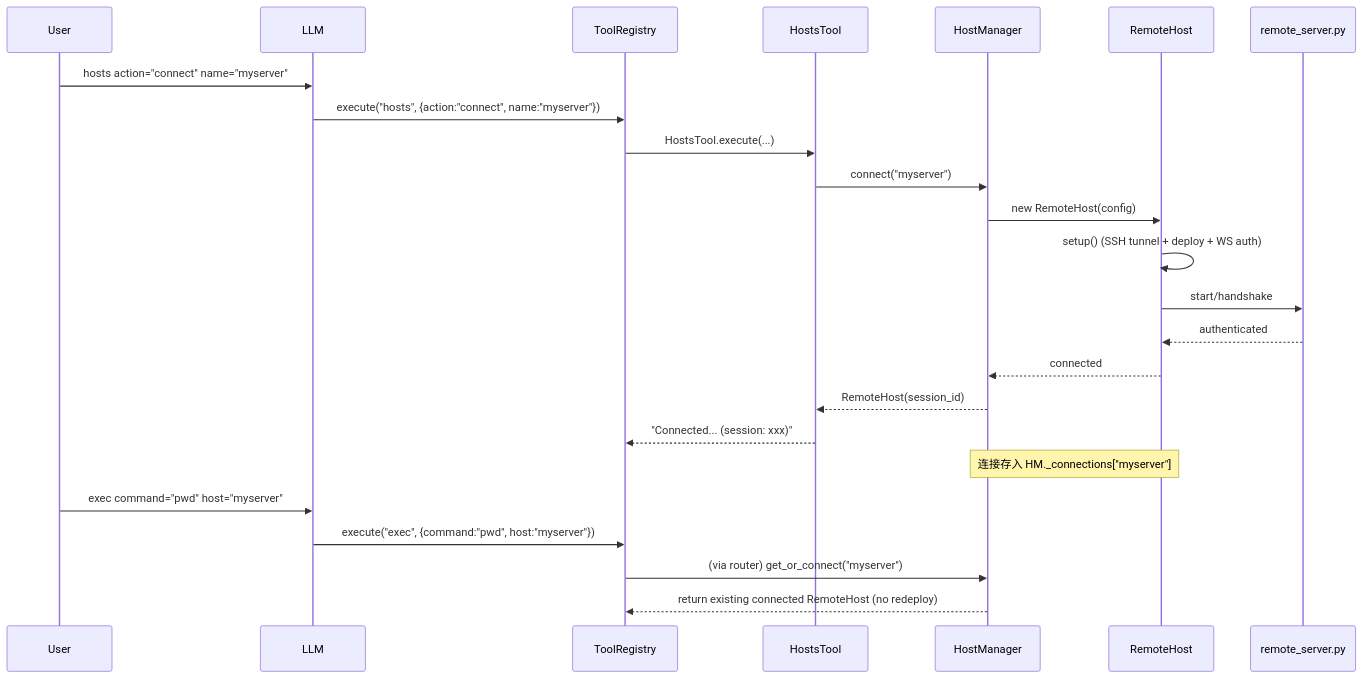
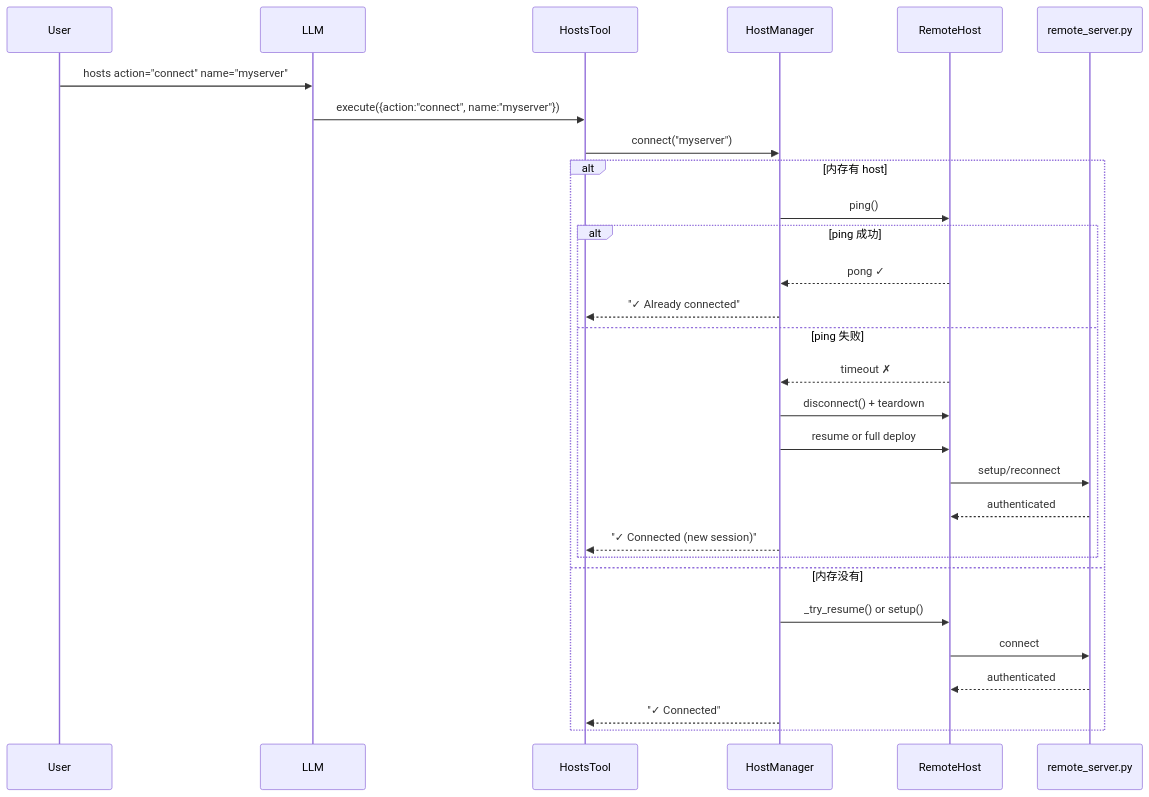
Before and after one commit to chtangwin/nanobot: the fourth of 8 diagrams in docs/node-remote/HOST_ARCHITECTURE_GRAPH.md, drawn with Mermaid. The commit also changed other lines of this file and 7 other files, not shown here.

First line of the commit message:
Improve remote connection: clear error messages, separate connect/get_or_connect, ping on explicit connect

````diff
--- a/docs/node-remote/HOST_ARCHITECTURE_GRAPH.md
+++ b/docs/node-remote/HOST_ARCHITECTURE_GRAPH.md
@@ -212,29 +214,33 @@
 ```mermaid
 sequenceDiagram
     participant U as User
     participant LLM as LLM
-    participant TR as ToolRegistry
     participant HT as HostsTool
     participant HM as HostManager
     participant RH as RemoteHost
     participant RS as remote_server.py
 
     U->>LLM: hosts action="connect" name="myserver"
-    LLM->>TR: execute("hosts", {action:"connect", name:"myserver"})
-    TR->>HT: HostsTool.execute(...)
+    LLM->>HT: execute({action:"connect", name:"myserver"})
     HT->>HM: connect("myserver")
-    HM->>RH: new RemoteHost(config)
-    RH->>RH: setup() (SSH tunnel + deploy + WS auth)
-    RH->>RS: start/handshake
-    RS-->>RH: authenticated
-    RH-->>HM: connected
-    HM-->>HT: RemoteHost(session_id)
-    HT-->>TR: "Connected... (session: xxx)"
 
-    Note over HM,RH: 连接存入 HM._connections["myserver"]
-
-    U->>LLM: exec command="pwd" host="myserver"
-    LLM->>TR: execute("exec", {command:"pwd", host:"myserver"})
-    TR->>HM: (via router) get_or_connect("myserver")
-    HM-->>TR: return existing connected RemoteHost (no redeploy)
+    alt 内存有 host
+        HM->>RH: ping()
+        alt ping 成功
+            RH-->>HM: pong ✓
+            HM-->>HT: "✓ Already connected"
+        else ping 失败
+            RH-->>HM: timeout ✗
+            HM->>RH: disconnect() + teardown
+            HM->>RH: resume or full deploy
+            RH->>RS: setup/reconnect
+            RS-->>RH: authenticated
+            HM-->>HT: "✓ Connected (new session)"
+        end
+    else 内存没有
+        HM->>RH: _try_resume() or setup()
+        RH->>RS: connect
+        RS-->>RH: authenticated
+        HM-->>HT: "✓ Connected"
+    end
 ```
````
